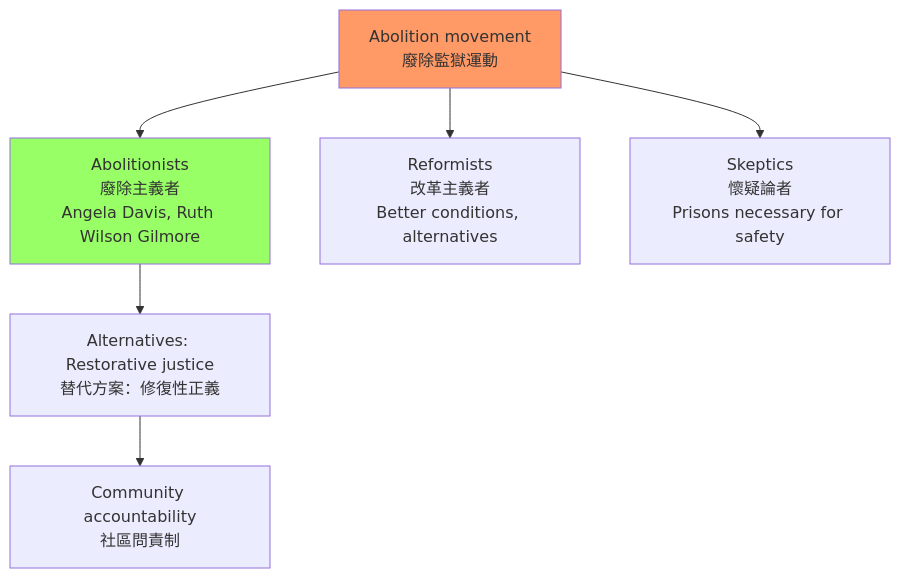
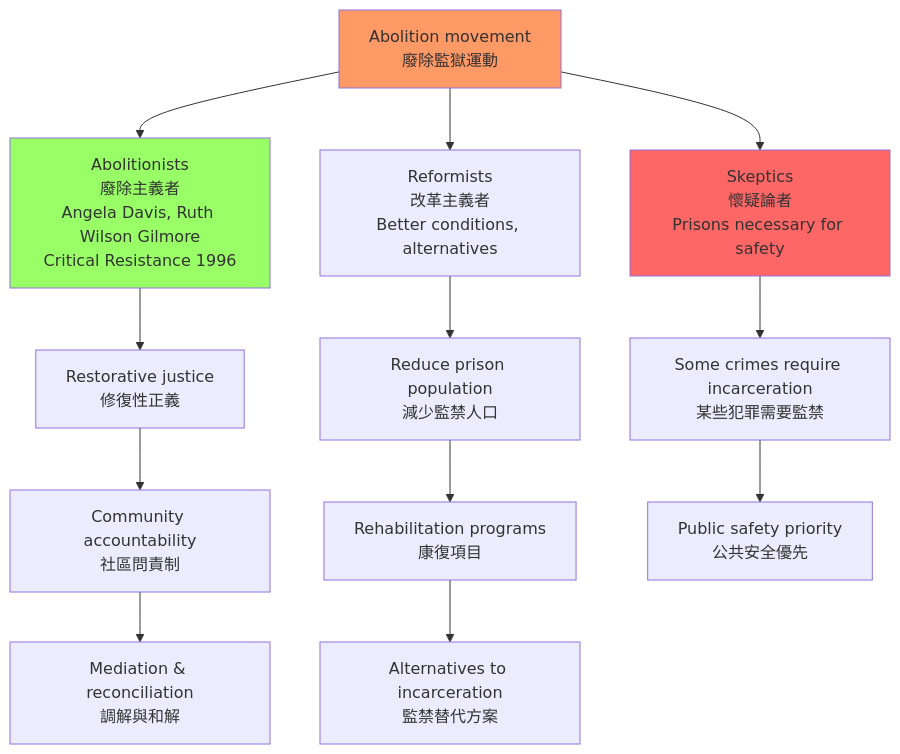
Before and after one commit to yip-lgtm/HKU-Harvard-History-Self-Study: the fourth of 5 diagrams in 01_HKU_Courses/HIST2225_Global_History_of_Prisons.md, drawn with Mermaid. The commit also changed other lines of this file and 22 other files, not shown here.

````diff
--- a/01_HKU_Courses/HIST2225_Global_History_of_Prisons.md
+++ b/01_HKU_Courses/HIST2225_Global_History_of_Prisons.md
@@ -130,12 +335,21 @@
 ```mermaid
-graph TD
-    A[Abolition movement<br/>廢除監獄運動] --> B[Abolitionists<br/>廢除主義者<br/>Angela Davis, Ruth Wilson Gilmore]
+flowchart TD
+    A[Abolition movement<br/>廢除監獄運動] --> B[Abolitionists<br/>廢除主義者<br/>Angela Davis, Ruth Wilson Gilmore<br/>Critical Resistance 1996]
     A --> C[Reformists<br/>改革主義者<br/>Better conditions, alternatives]
     A --> D[Skeptics<br/>懷疑論者<br/>Prisons necessary for safety]
     
-    B --> B1[Alternatives: Restorative justice<br/>替代方案：修復性正義]
+    B --> B1[Restorative justice<br/>修復性正義]
     B1 --> B2[Community accountability<br/>社區問責制]
+    B2 --> B3[Mediation & reconciliation<br/>調解與和解]
+    
+    C --> C1[Reduce prison population<br/>減少監禁人口]
+    C1 --> C2[Rehabilitation programs<br/>康復項目]
+    C2 --> C3[Alternatives to incarceration<br/>監禁替代方案]
+    
+    D --> D1[Some crimes require incarceration<br/>某些犯罪需要監禁]
+    D1 --> D2[Public safety priority<br/>公共安全優先]
     
     style A fill:#f96
     style B fill:#9f6
+    style D fill:#f66
 ```
````
